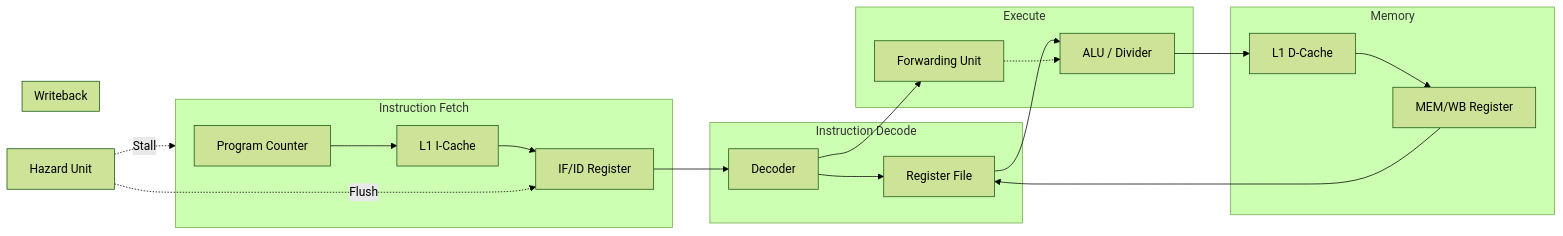
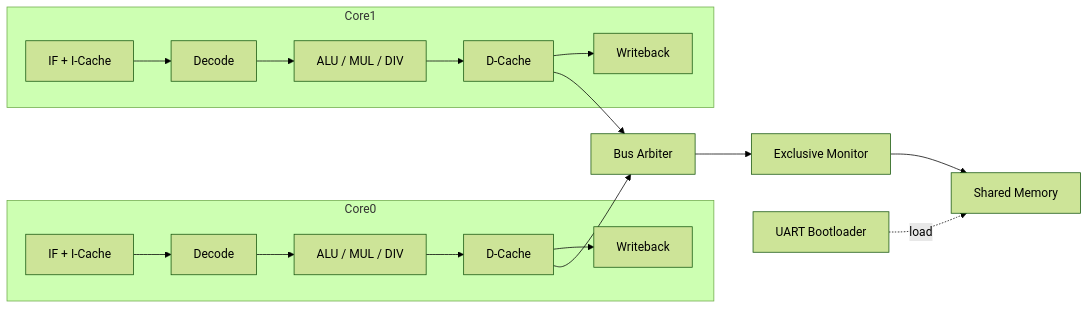
The diagram in README.md (sarveshjoshi29/processor_hardwarelab), drawn with Mermaid (forest theme) before and after one commit. The commit also changed other lines of this file, not shown here.

````diff
--- a/README.md
+++ b/README.md
@@ -35,26 +18,20 @@
 ```mermaid
 graph LR
-    subgraph IF [Instruction Fetch]
-        PC[Program Counter] --> ICache[L1 I-Cache]
-        ICache --> IFID[IF/ID Register]
+    subgraph Core0
+        IF0[IF + I-Cache] --> ID0[Decode]
+        ID0 --> EX0[ALU / MUL / DIV]
+        EX0 --> MEM0[D-Cache]
+        MEM0 --> WB0[Writeback]
     end
-    subgraph ID [Instruction Decode]
-        IFID --> Decode[Decoder]
-        Decode --> RegFile[Register File]
+    subgraph Core1
+        IF1[IF + I-Cache] --> ID1[Decode]
+        ID1 --> EX1[ALU / MUL / DIV]
+        EX1 --> MEM1[D-Cache]
+        MEM1 --> WB1[Writeback]
     end
-    subgraph EX [Execute]
-        RegFile --> ALU[ALU / Divider]
-        Decode --> Forward[Forwarding Unit]
-        Forward -.-> ALU
-    end
-    subgraph MEM [Memory]
-        ALU --> DCache[L1 D-Cache]
-        DCache --> MEMWB[MEM/WB Register]
-    end
-    subgraph WB [Writeback]
-        MEMWB --> RegFile
-    end
-
-    Hazard[Hazard Unit] -.->|Stall| IF
-    Hazard -.->|Flush| IFID
+    MEM0 --> ARB[Bus Arbiter]
+    MEM1 --> ARB
+    ARB --> EXM[Exclusive Monitor]
+    EXM --> RAM[Shared Memory]
+    UART[UART Bootloader] -.load.-> RAM
 ```
````
